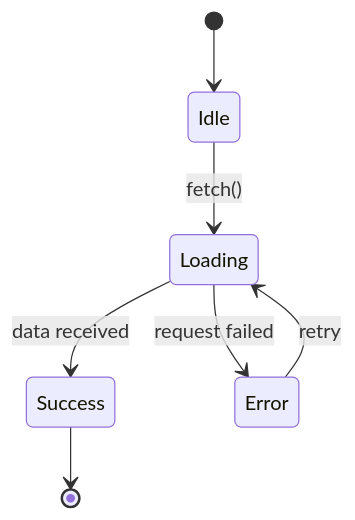
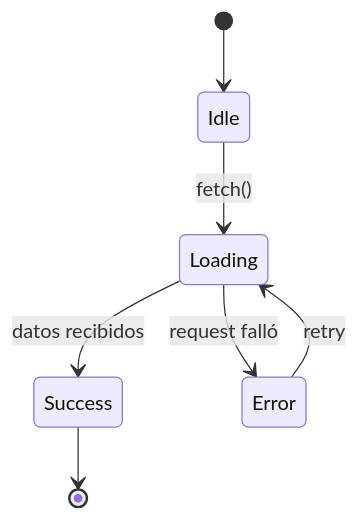
Before and after one commit to ernesto2108/anvil: the first of 2 diagrams in skills/architecture-views/guides/frontend.md, drawn with Mermaid. The commit also changed other lines of this file and 207 other files, not shown here.

````diff
--- a/skills/architecture-views/guides/frontend.md
+++ b/skills/architecture-views/guides/frontend.md
@@ -82,9 +82,9 @@
 ```mermaid
 stateDiagram-v2
   [*] --> Idle
   Idle --> Loading : fetch()
-  Loading --> Success : data received
-  Loading --> Error : request failed
+  Loading --> Success : datos recibidos
+  Loading --> Error : request falló
   Error --> Loading : retry
   Success --> [*]
 ```
````
